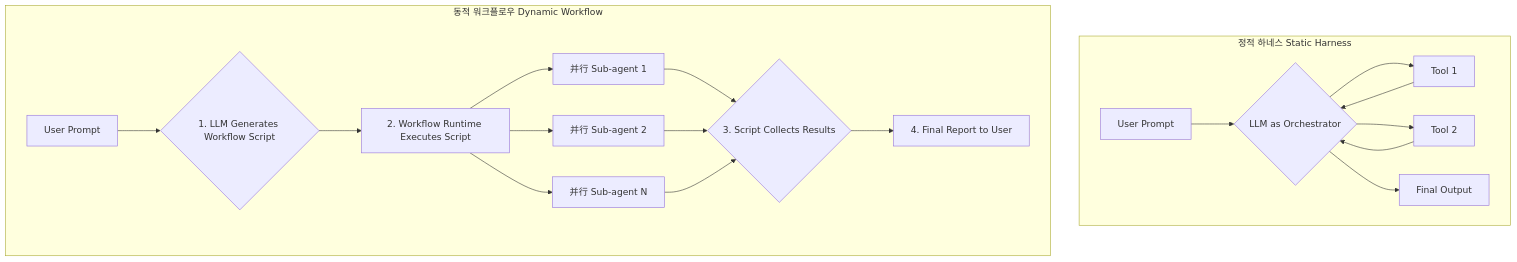
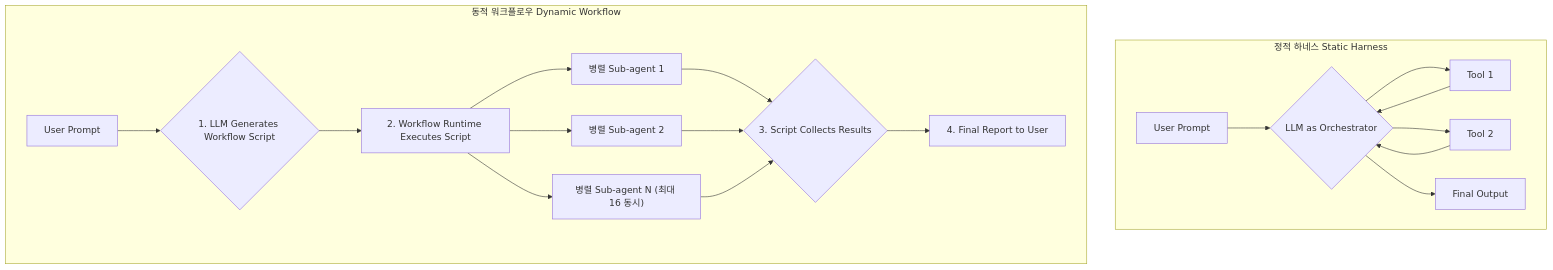
One commit to Mino777/ai-study changed the diagram in content/harness-engineering/claude-code-dynamic-workflow-agent-orchestration.mdx. Above: the diagram before and after it, drawn with Mermaid. The commit also changed other lines of this file and 14 other files, not shown here.

````diff
--- a/content/harness-engineering/claude-code-dynamic-workflow-agent-orchestration.mdx
+++ b/content/harness-engineering/claude-code-dynamic-workflow-agent-orchestration.mdx
@@ -55,23 +58,23 @@
 ```mermaid
 graph TD
     subgraph StaticHarness["정적 하네스 Static Harness"]
         A[User Prompt] --> B{LLM as Orchestrator};
         B --> C[Tool 1];
         C --> B;
         B --> D[Tool 2];
         D --> B;
         B --> E[Final Output];
     end
 
     subgraph DynamicWorkflow["동적 워크플로우 Dynamic Workflow"]
         F[User Prompt] --> G{1. LLM Generates Workflow Script};
         G --> H["2. Workflow Runtime Executes Script"];
-        H --> I[并行 Sub-agent 1];
-        H --> J[并行 Sub-agent 2];
-        H --> K[并行 Sub-agent N];
+        H --> I["병렬 Sub-agent 1"];
+        H --> J["병렬 Sub-agent 2"];
+        H --> K["병렬 Sub-agent N (최대 16 동시)"];
         I --> L{3. Script Collects Results};
         J --> L;
         K --> L;
         L --> M[4. Final Report to User];
     end
 ```
````
